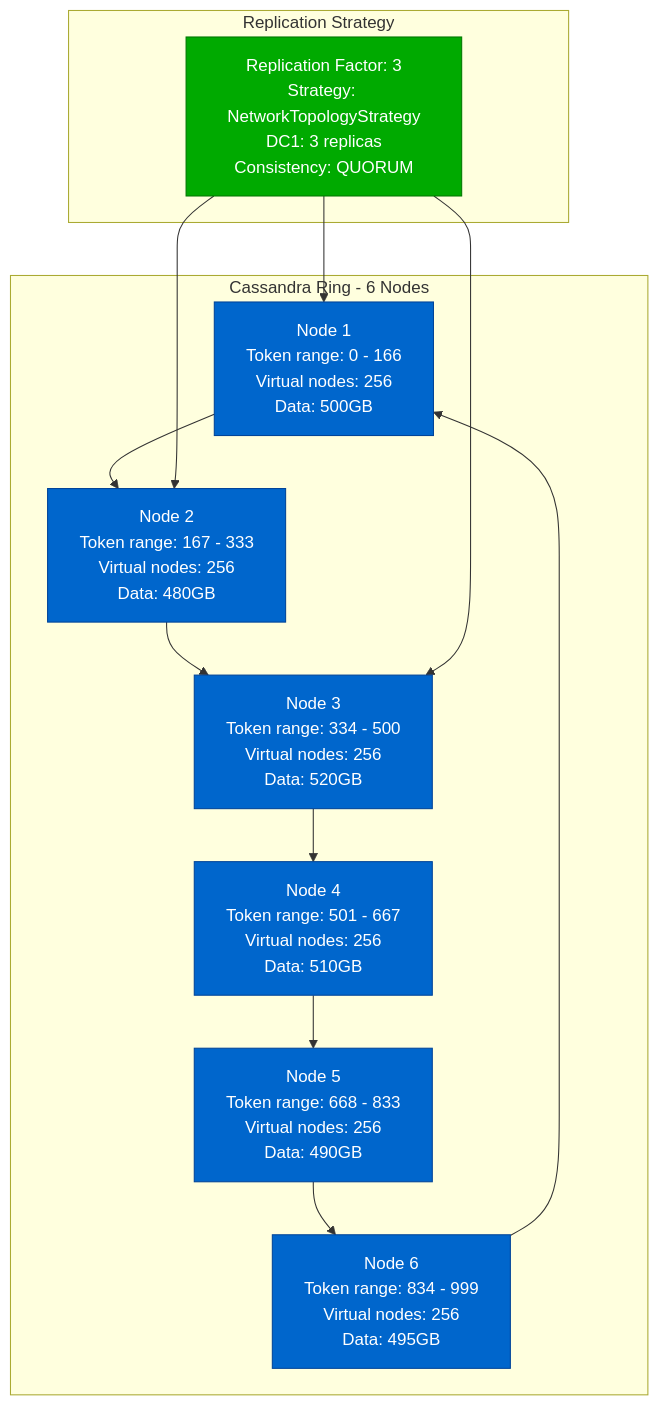
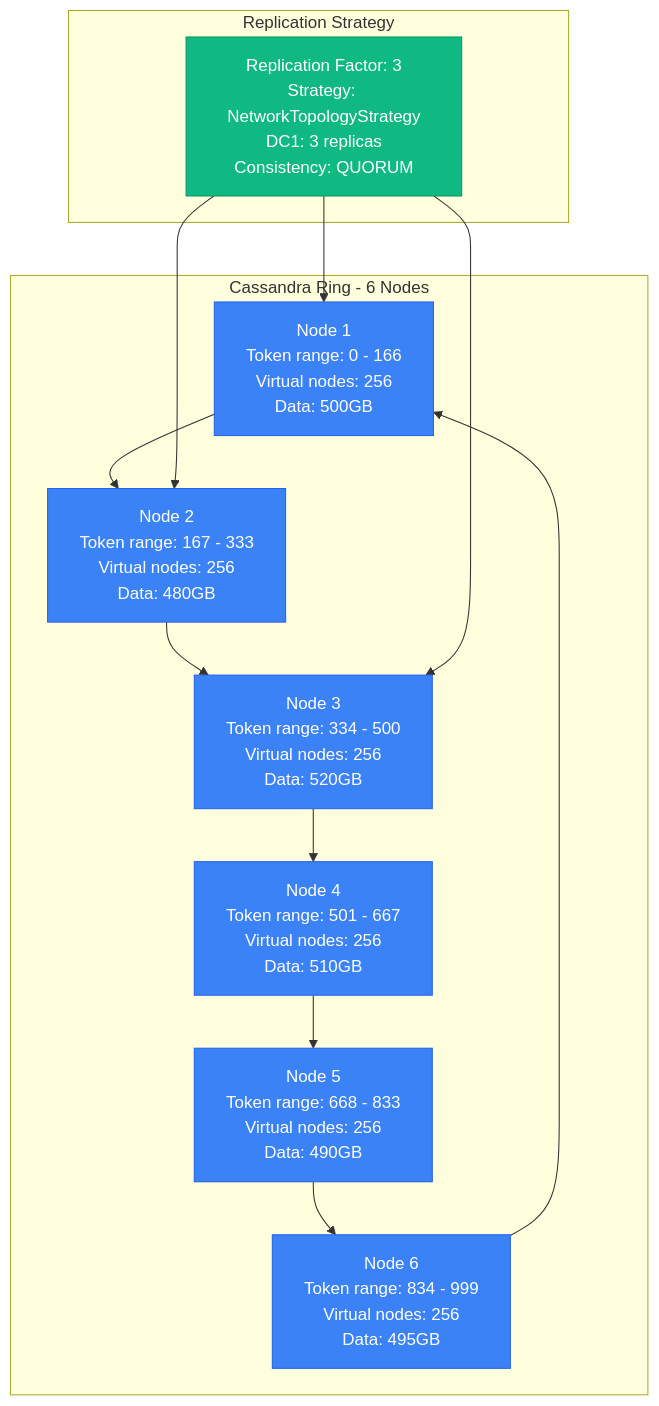
One commit to deepaucksharma/DS changed the seventh of 14 diagrams in site/docs/performance/cassandra-performance-profile.md. Above: the diagram before and after it, drawn with Mermaid. The commit also changed other lines of this file and 303 other files, not shown here.

````diff
--- a/site/docs/performance/cassandra-performance-profile.md
+++ b/site/docs/performance/cassandra-performance-profile.md
@@ -215,32 +215,32 @@
 ```mermaid
 graph TB
     subgraph "Cassandra Ring - 6 Nodes"
         N1[Node 1<br/>Token range: 0 - 166<br/>Virtual nodes: 256<br/>Data: 500GB]
 
         N2[Node 2<br/>Token range: 167 - 333<br/>Virtual nodes: 256<br/>Data: 480GB]
 
         N3[Node 3<br/>Token range: 334 - 500<br/>Virtual nodes: 256<br/>Data: 520GB]
 
         N4[Node 4<br/>Token range: 501 - 667<br/>Virtual nodes: 256<br/>Data: 510GB]
 
         N5[Node 5<br/>Token range: 668 - 833<br/>Virtual nodes: 256<br/>Data: 490GB]
 
         N6[Node 6<br/>Token range: 834 - 999<br/>Virtual nodes: 256<br/>Data: 495GB]
 
         N1 --> N2 --> N3 --> N4 --> N5 --> N6 --> N1
     end
 
     subgraph "Replication Strategy"
         RF[Replication Factor: 3<br/>Strategy: NetworkTopologyStrategy<br/>DC1: 3 replicas<br/>Consistency: QUORUM]
 
         RF --> N1
         RF --> N2
         RF --> N3
     end
 
-    classDef nodeStyle fill:#0066CC,stroke:#004499,color:#fff
-    classDef replicationStyle fill:#00AA00,stroke:#007700,color:#fff
+    classDef nodeStyle fill:#3B82F6,stroke:#2563EB,color:#fff
+    classDef replicationStyle fill:#10B981,stroke:#059669,color:#fff
 
     class N1,N2,N3,N4,N5,N6 nodeStyle
     class RF replicationStyle
 ```
````
